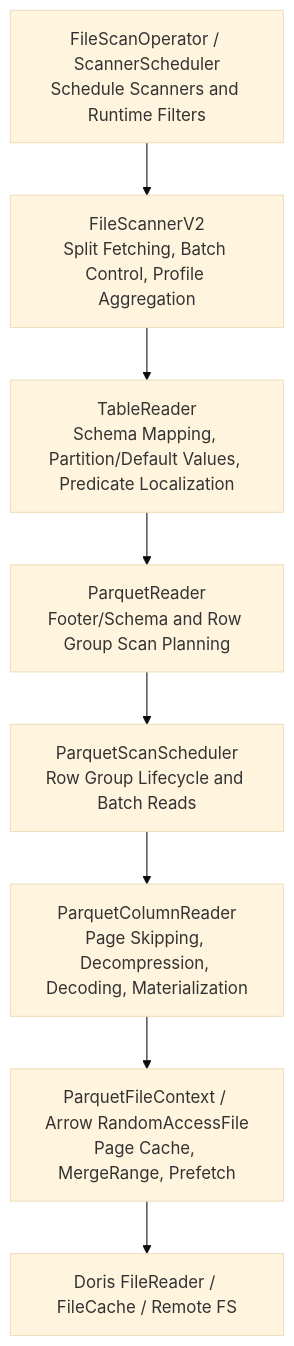
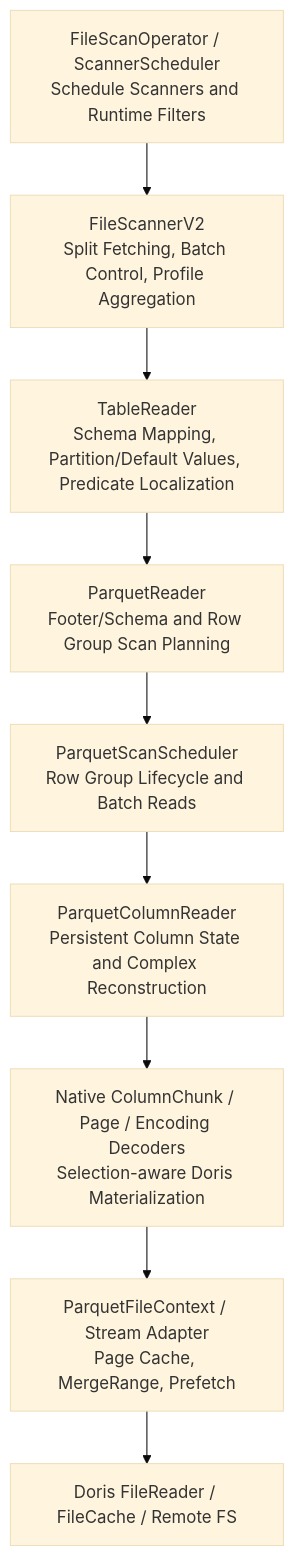
Before and after one commit to apache/doris: the first of 14 diagrams in docs/file-scanner-v2-parquet-scan-design.md, drawn with Mermaid (base theme). The commit also changed other lines of this file and 171 other files, not shown here.

First line of the commit message:
[improvement](file) Build native Parquet scan path for FileScannerV2 (#65674)

````diff
--- a/docs/file-scanner-v2-parquet-scan-design.md
+++ b/docs/file-scanner-v2-parquet-scan-design.md
@@ -37,10 +38,11 @@
 ```mermaid
 flowchart TB
   A[FileScanOperator / ScannerScheduler<br>Schedule Scanners and Runtime Filters] --> B[FileScannerV2<br>Split Fetching, Batch Control, Profile Aggregation]
   B --> C[TableReader<br>Schema Mapping, Partition/Default Values, Predicate Localization]
   C --> D[ParquetReader<br>Footer/Schema and Row Group Scan Planning]
   D --> E[ParquetScanScheduler<br>Row Group Lifecycle and Batch Reads]
-  E --> F[ParquetColumnReader<br>Page Skipping, Decompression, Decoding, Materialization]
-  F --> G[ParquetFileContext / Arrow RandomAccessFile<br>Page Cache, MergeRange, Prefetch]
-  G --> H[Doris FileReader / FileCache / Remote FS]
+  E --> F[ParquetColumnReader<br>Persistent Column State and Complex Reconstruction]
+  F --> G[Native ColumnChunk / Page / Encoding Decoders<br>Selection-aware Doris Materialization]
+  G --> H[ParquetFileContext / Stream Adapter<br>Page Cache, MergeRange, Prefetch]
+  H --> I[Doris FileReader / FileCache / Remote FS]
 ```
````
